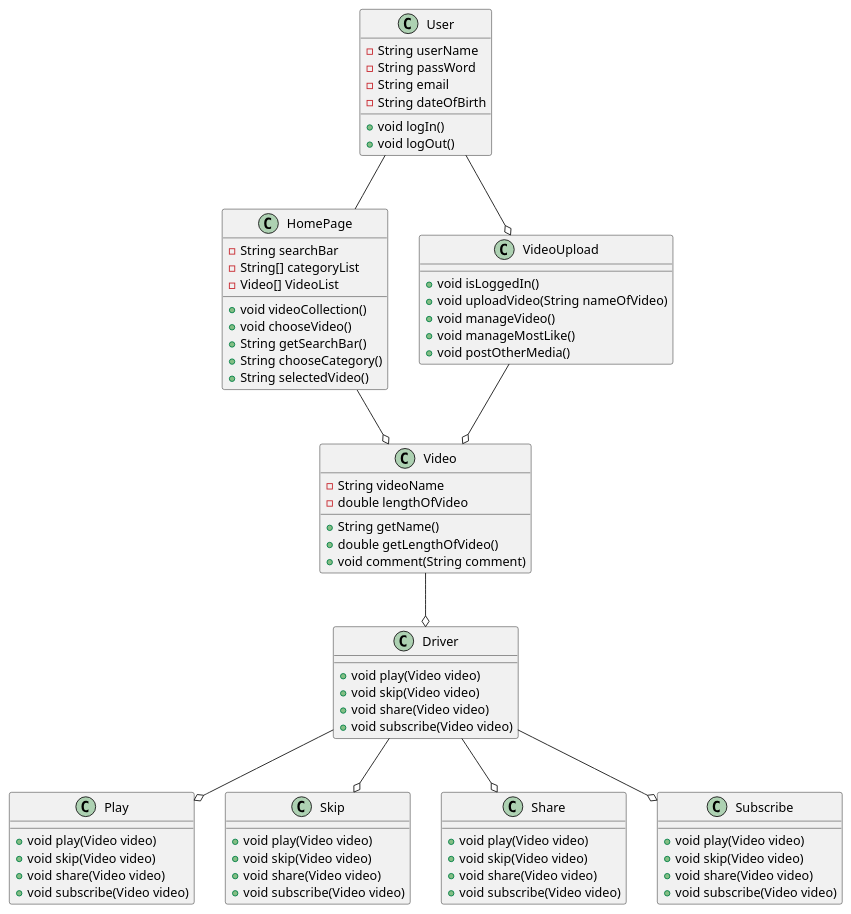
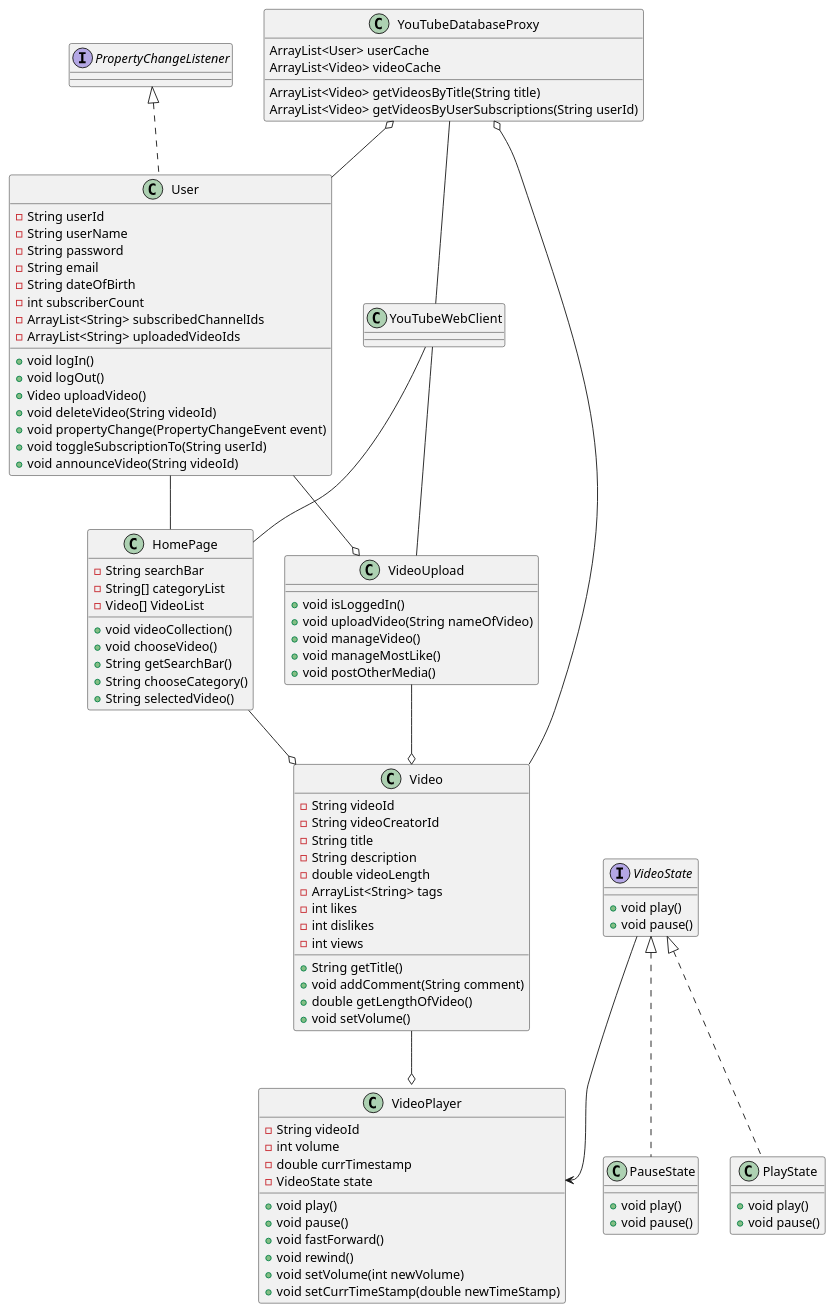
One commit to HsiehGrace/CS5800_Quiz3 changed the diagram in Youtube_ClassDiagram.puml. Above: the diagram before and after it, drawn with PlantUML. The commit also changed 5 other files, not shown here.

Commit message:
added state and observer to class diagram

```diff
--- a/Youtube_ClassDiagram.puml
+++ b/Youtube_ClassDiagram.puml
@@ -1,86 +1,116 @@
 @startuml
 
-class User{
+class User implements PropertyChangeListener{
+    -String userId
     -String userName
-    -String passWord
+    -String password
     -String email
     -String dateOfBirth
+    -int subscriberCount
+    -ArrayList<String> subscribedChannelIds
+    -ArrayList<String> uploadedVideoIds
+
     +void logIn()
     +void logOut()
+    +Video uploadVideo()
+    +void deleteVideo(String videoId)
+    +void propertyChange(PropertyChangeEvent event)
+    +void toggleSubscriptionTo(String userId)
+    +void announceVideo(String videoId)
 }
 
 class HomePage{
     -String searchBar
     -String[] categoryList
     -Video[] VideoList
     +void videoCollection()
     +void chooseVideo()
     +String getSearchBar()
     +String chooseCategory()
     +String selectedVideo()
 }
 
 class VideoUpload{
     +void isLoggedIn()
     +void uploadVideo(String nameOfVideo)
     +void manageVideo()
     +void manageMostLike()
     +void postOtherMedia()
 }
 
 class Video{
-    -String videoName
-    -double lengthOfVideo
-    +String getName()
+    -String videoId
+    -String videoCreatorId
+    -String title
+    -String description
+    -double videoLength
+    -ArrayList<String> tags
+    -int likes
+    -int dislikes
+    -int views
+
+    +String getTitle()
+    +void addComment(String comment)
     +double getLengthOfVideo()
-    +void comment(String comment)
+    +void setVolume()
 }
 
+class YouTubeDatabaseProxy {
+    ArrayList<User> userCache
+    ArrayList<Video> videoCache
 
-class Driver{
-    +void play(Video video)
-    +void skip(Video video)
-    +void share(Video video)
-    +void subscribe(Video video)
+    ArrayList<Video> getVideosByTitle(String title)
+    ArrayList<Video> getVideosByUserSubscriptions(String userId)
 }
 
-class Play{
-    +void play(Video video)
-    +void skip(Video video)
-    +void share(Video video)
-    +void subscribe(Video video)
+class VideoPlayer{
+    -String videoId
+    -int volume
+    -double currTimestamp
+    -VideoState state
+
+    +void play()
+    +void pause()
+    +void fastForward()
+    +void rewind()
+    +void setVolume(int newVolume)
+    +void setCurrTimeStamp(double newTimeStamp)
 }
 
-class Skip{
-    +void play(Video video)
-    +void skip(Video video)
-    +void share(Video video)
-    +void subscribe(Video video)
+interface VideoState {
+    +void play()
+    +void pause()
 }
 
-class Share{
-    +void play(Video video)
-    +void skip(Video video)
-    +void share(Video video)
-    +void subscribe(Video video)
+class PlayState implements VideoState {
+    +void play()
+    +void pause()
 }
-class Subscribe{
-    +void play(Video video)
-    +void skip(Video video)
-    +void share(Video video)
-    +void subscribe(Video video)
+
+class PauseState implements VideoState {
+    +void play()
+    +void pause()
 }
-Driver --o Play
-Driver --o Skip
-Driver --o Share
-Driver --o Subscribe
 
-Video --o Driver
+class YouTubeWebClient {
+}
+
+Video --o VideoPlayer
 
 VideoUpload --o Video
 HomePage --o Video
 
 User --o VideoUpload
 User -- HomePage
 
+YouTubeDatabaseProxy o-- User
+YouTubeDatabaseProxy o-- Video
+
+YouTubeDatabaseProxy -- YouTubeWebClient
+
+YouTubeWebClient -- HomePage
+YouTubeWebClient -- VideoUpload
+
+VideoState --> VideoPlayer::state
+
 @enduml
```
